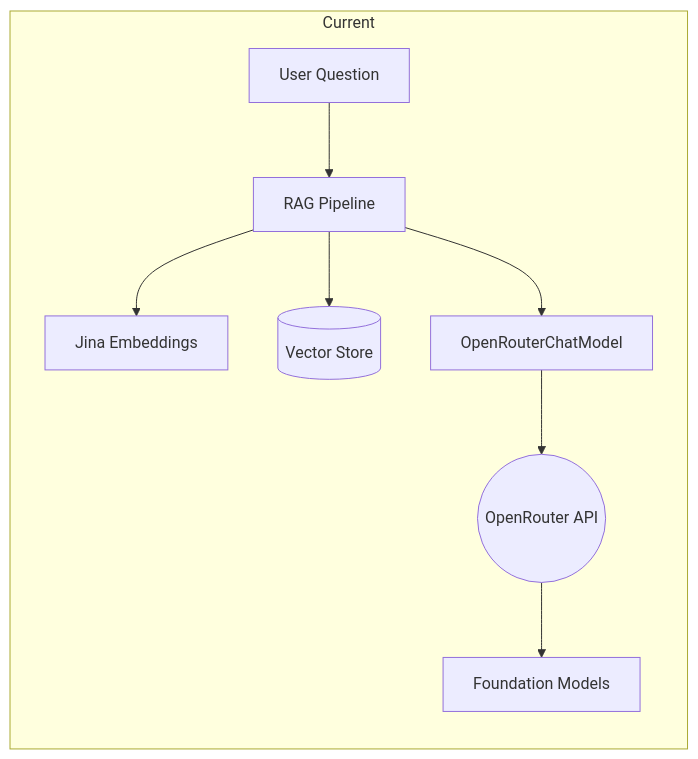
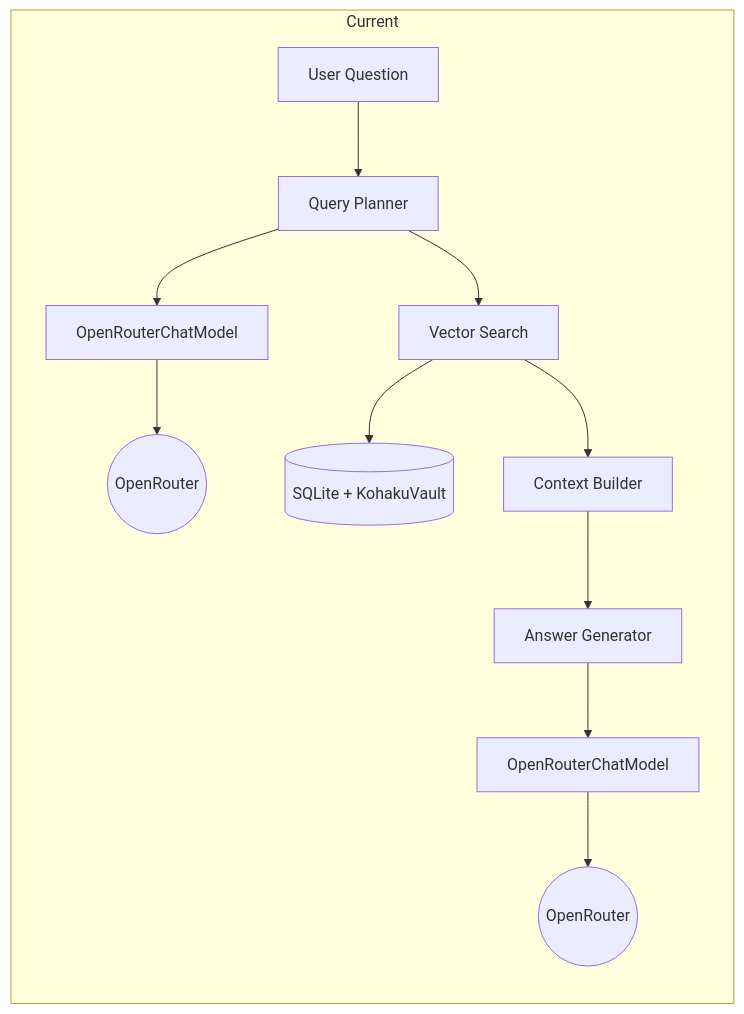
One commit to matteso1/KohakuRAG_UI changed the first of 4 diagrams in docs/bedrock-integration-proposal.md. Above: the diagram before and after it, drawn with Mermaid. The commit also changed other lines of this file, not shown here.

````diff
--- a/docs/bedrock-integration-proposal.md
+++ b/docs/bedrock-integration-proposal.md
@@ -22,11 +58,14 @@
 ```mermaid
 flowchart LR
     subgraph Current
-        Q[User Question] --> RAG[RAG Pipeline]
-        RAG --> E[Jina Embeddings]
-        RAG --> V[(Vector Store)]
-        RAG --> LLM[OpenRouterChatModel]
-        LLM --> OR((OpenRouter API))
-        OR --> M[Foundation Models]
+        Q[User Question] --> Planner[Query Planner]
+        Planner --> LLM1[OpenRouterChatModel]
+        LLM1 --> OR1((OpenRouter))
+        Planner --> Retrieval[Vector Search]
+        Retrieval --> Store[(SQLite + KohakuVault)]
+        Retrieval --> Context[Context Builder]
+        Context --> Answer[Answer Generator]
+        Answer --> LLM2[OpenRouterChatModel]
+        LLM2 --> OR2((OpenRouter))
     end
 ```
````
